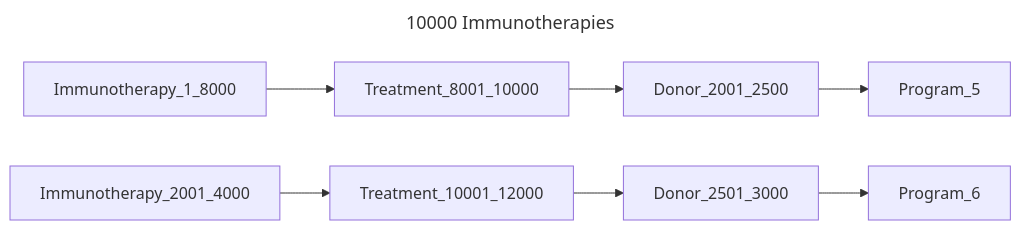
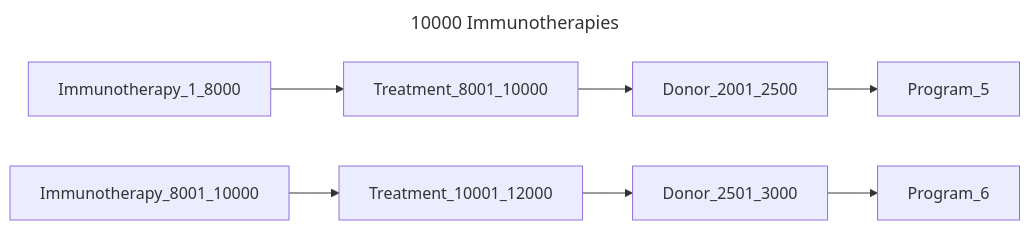
The eighth of 14 diagrams in chord_metadata_service/mohpackets/data/large_dataset/README.md (bento-platform/katsu), drawn with Mermaid before and after one commit. The commit also changed other lines of this file, not shown here.

````diff
--- a/chord_metadata_service/mohpackets/data/large_dataset/README.md
+++ b/chord_metadata_service/mohpackets/data/large_dataset/README.md
@@ -126,8 +126,8 @@
 ```mermaid
 ---
 title: 10000 Immunotherapies
 ---
 graph LR;  
   Immunotherapy_1_8000 --> Treatment_8001_10000 -->  Donor_2001_2500 --> Program_5;  
-  Immunotherapy_2001_4000 -->  Treatment_10001_12000 --> Donor_2501_3000 --> Program_6;  
+  Immunotherapy_8001_10000 -->  Treatment_10001_12000 --> Donor_2501_3000 --> Program_6;  
 ```
````
